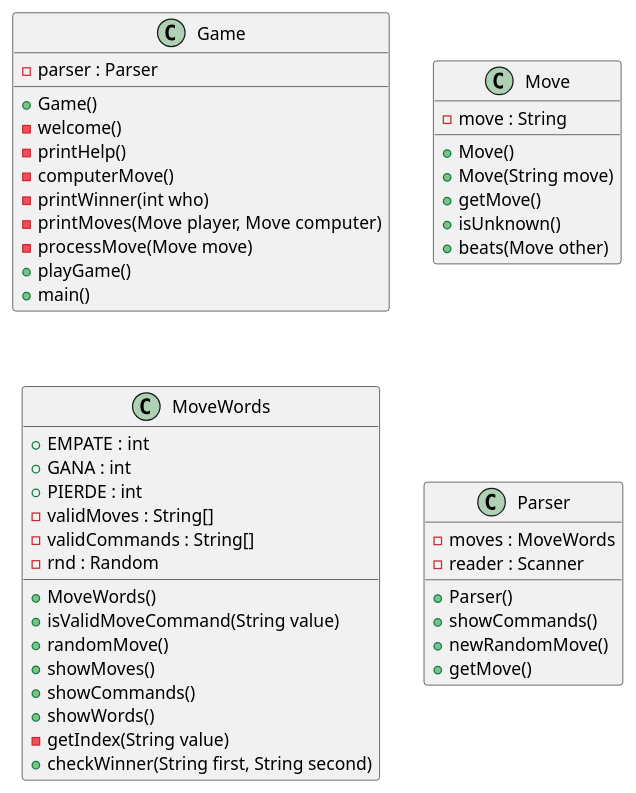
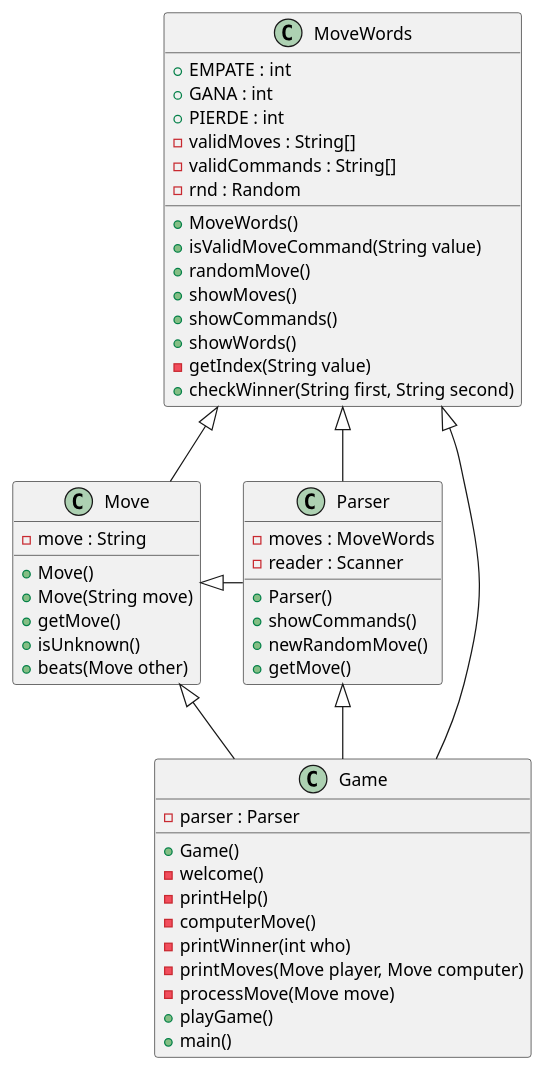
One commit to Alex-Morcillo/ppt changed the diagram in PiedraPapelTijera/src/Game.puml. Above: the diagram before and after it, drawn with PlantUML.

Commit message:
Added relations between classes

```diff
--- a/PiedraPapelTijera/src/Game.puml
+++ b/PiedraPapelTijera/src/Game.puml
@@ -1,52 +1,59 @@
 @startuml
 'https://plantuml.com/class-diagram
+
+MoveWords <|-- Move
+MoveWords <|-- Parser
+MoveWords <|--- Game
+Move <|- Parser
+Parser <|-- Game
+Move <|-- Game
 
 class Game {
 -parser : Parser
 +Game()
 -welcome()
 -printHelp()
 -computerMove()
 -printWinner(int who)
 -printMoves(Move player, Move computer)
 -processMove(Move move)
 +playGame()
 +main()
 }
 
 class Move {
 -move : String
 +Move()
 +Move(String move)
 +getMove()
 +isUnknown()
 +beats(Move other)
 }
 
 class MoveWords {
 +EMPATE : int
 +GANA : int
 +PIERDE : int
 -validMoves : String[]
 -validCommands : String[]
 -rnd : Random
 +MoveWords()
 +isValidMoveCommand(String value)
 +randomMove()
 +showMoves()
 +showCommands()
 +showWords()
 -getIndex(String value)
 +checkWinner(String first, String second)
 }
 
 class Parser {
 -moves : MoveWords
 -reader : Scanner
 +Parser()
 +showCommands()
 +newRandomMove()
 +getMove()
 }
 
 @enduml
```
